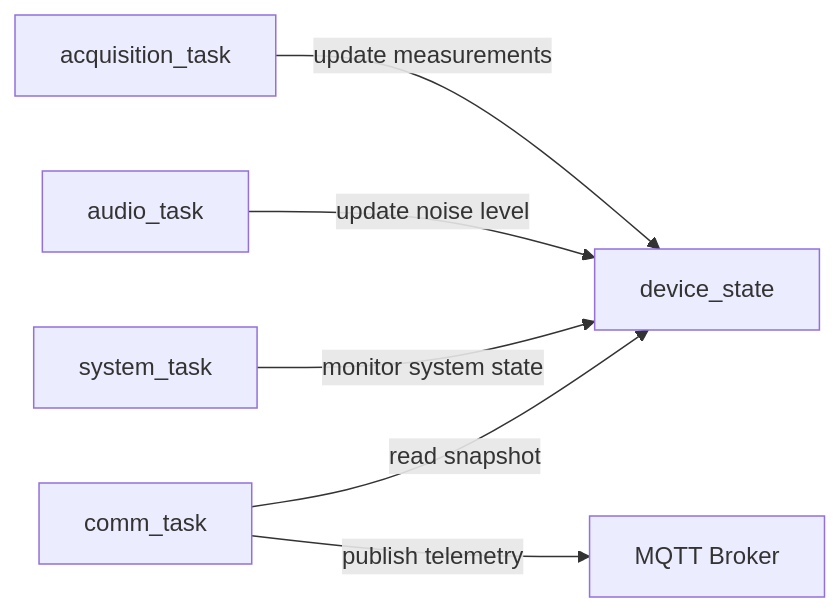
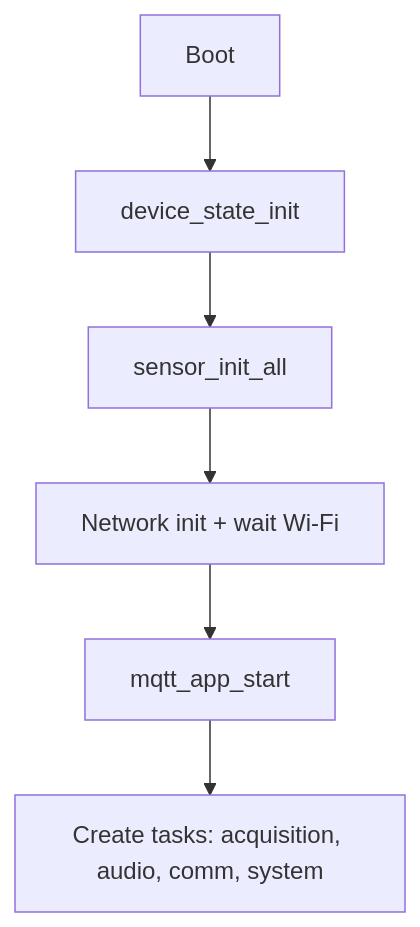
Before and after one commit to SimoPela/electrical_outlet_IOT: the second of 3 diagrams in README.md, drawn with Mermaid. The commit also changed other lines of this file and 12 other files, not shown here.

````diff
--- a/README.md
+++ b/README.md
@@ -442,21 +121,8 @@
 ```mermaid
-flowchart LR
-
-    A[acquisition_task]
-    B[audio_task]
-    S[system_task]
-    C[comm_task]
-
-    DS[device_state]
-
-    MQTT[MQTT Broker]
-
-    A -->|update measurements| DS
-    B -->|update noise level| DS
-
-    S -->|monitor system state| DS
-
-    C -->|read snapshot| DS
-
-    C -->|publish telemetry| MQTT
+flowchart TD
+    A[Boot] --> B[device_state_init]
+    B --> C[sensor_init_all]
+    C --> D[Network init + wait Wi-Fi]
+    D --> E[mqtt_app_start]
+    E --> F[Create tasks: acquisition, audio, comm, system]
 ```
````
